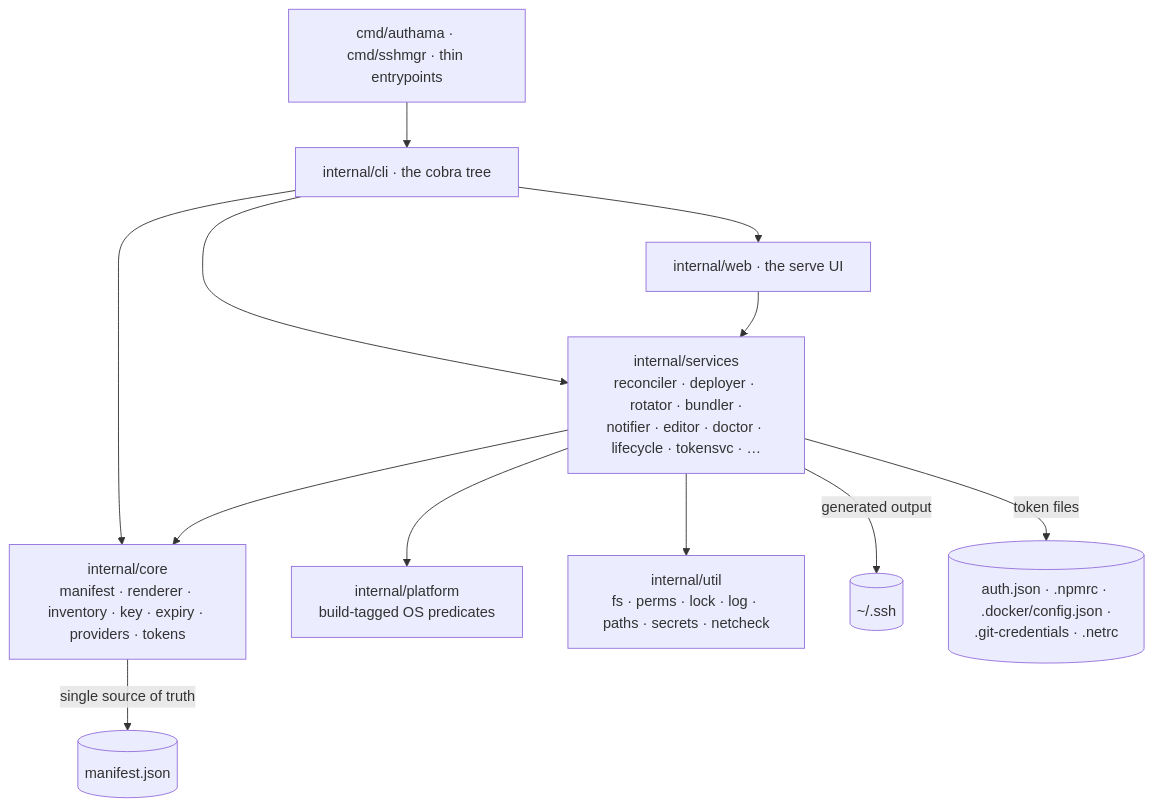
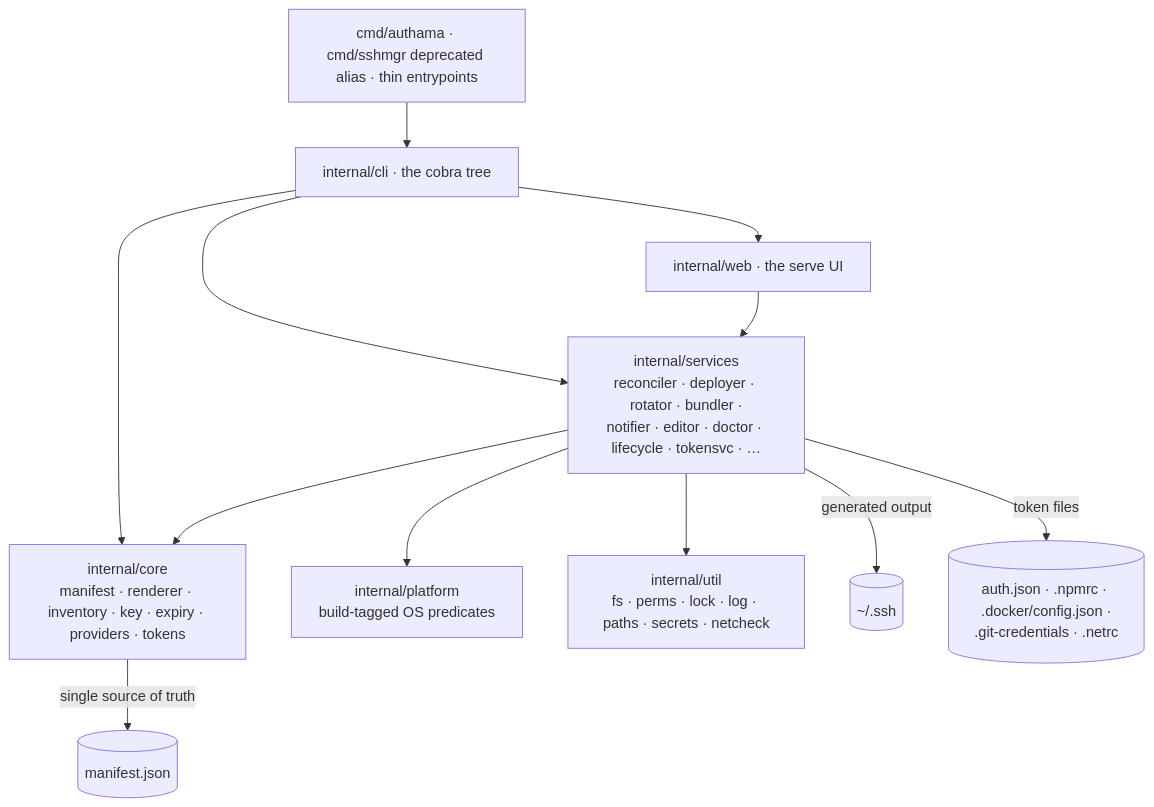
One commit to sangehq/authama changed the first of 6 diagrams in docs/architecture.md. Above: the diagram before and after it, drawn with Mermaid. The commit also changed other lines of this file and 148 other files, not shown here.

First line of the commit message:
chore: complete the rename to authama; sshmgr becomes a deprecated alias

````diff
--- a/docs/architecture.md
+++ b/docs/architecture.md
@@ -3,14 +3,14 @@
 ```mermaid
 flowchart TD
-    MAIN[cmd/authama · cmd/sshmgr · thin entrypoints] --> CLI[internal/cli · the cobra tree]
+    MAIN[cmd/authama · cmd/sshmgr deprecated alias · thin entrypoints] --> CLI[internal/cli · the cobra tree]
     CLI --> SVC[internal/services<br/>reconciler · deployer · rotator · bundler ·<br/>notifier · editor · doctor · lifecycle · tokensvc · …]
     CLI --> WEB[internal/web · the serve UI]
     WEB --> SVC
     CLI --> CORE[internal/core<br/>manifest · renderer · inventory · key · expiry · providers · tokens]
     SVC --> CORE
     SVC --> PLAT[internal/platform<br/>build-tagged OS predicates]
     SVC --> UTIL[internal/util<br/>fs · perms · lock · log · paths · secrets · netcheck]
     CORE -->|single source of truth| MAN[(manifest.json)]
     SVC -->|generated output| SSH[(~/.ssh)]
     SVC -->|token files| TOK[(auth.json · .npmrc · .docker/config.json ·<br/>.git-credentials · .netrc)]
 ```
````
